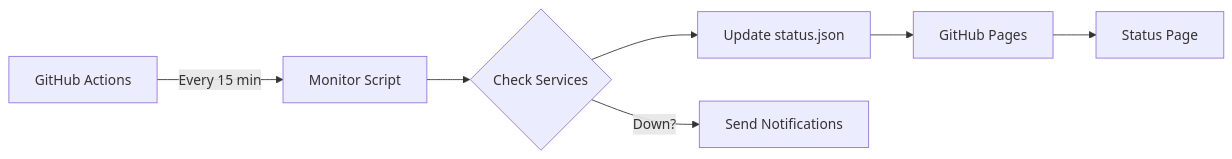
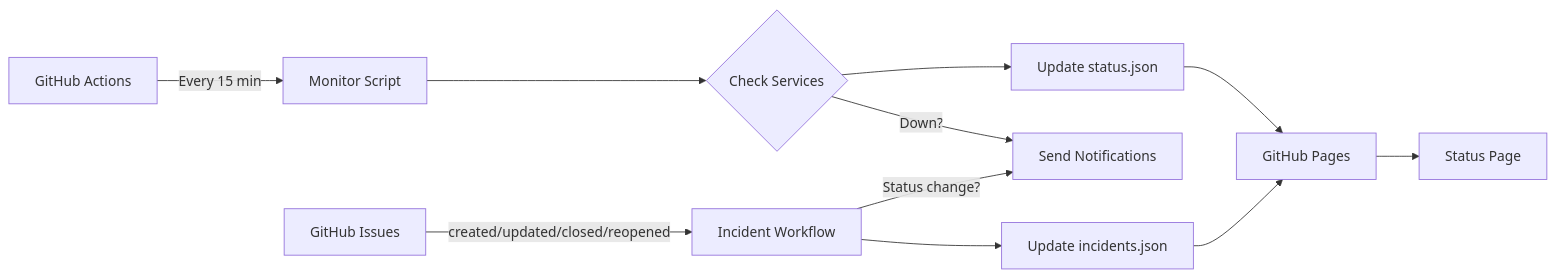
The diagram in docs/shadowStatus.md (Shadow-Develops/docusaurus), drawn with Mermaid before and after one commit. The commit also changed 2 other files, not shown here.

Commit message:
Docusaurus Update + Incident System > How It Works

````diff
--- a/docs/shadowStatus.md
+++ b/docs/shadowStatus.md
@@ -31,9 +31,14 @@
 ```mermaid
 graph LR
     A[GitHub Actions] -->|Every 15 min| B[Monitor Script]
     B --> C{Check Services}
     C --> D[Update status.json]
     D --> E[GitHub Pages]
     E --> F[Status Page]
     C -->|Down?| G[Send Notifications]
+
+    H[GitHub Issues] -->|created/updated/closed/reopened| I[Incident Workflow]
+    I --> J[Update incidents.json]
+    J --> E
+    I -->|Status change?| G
 ```
````
